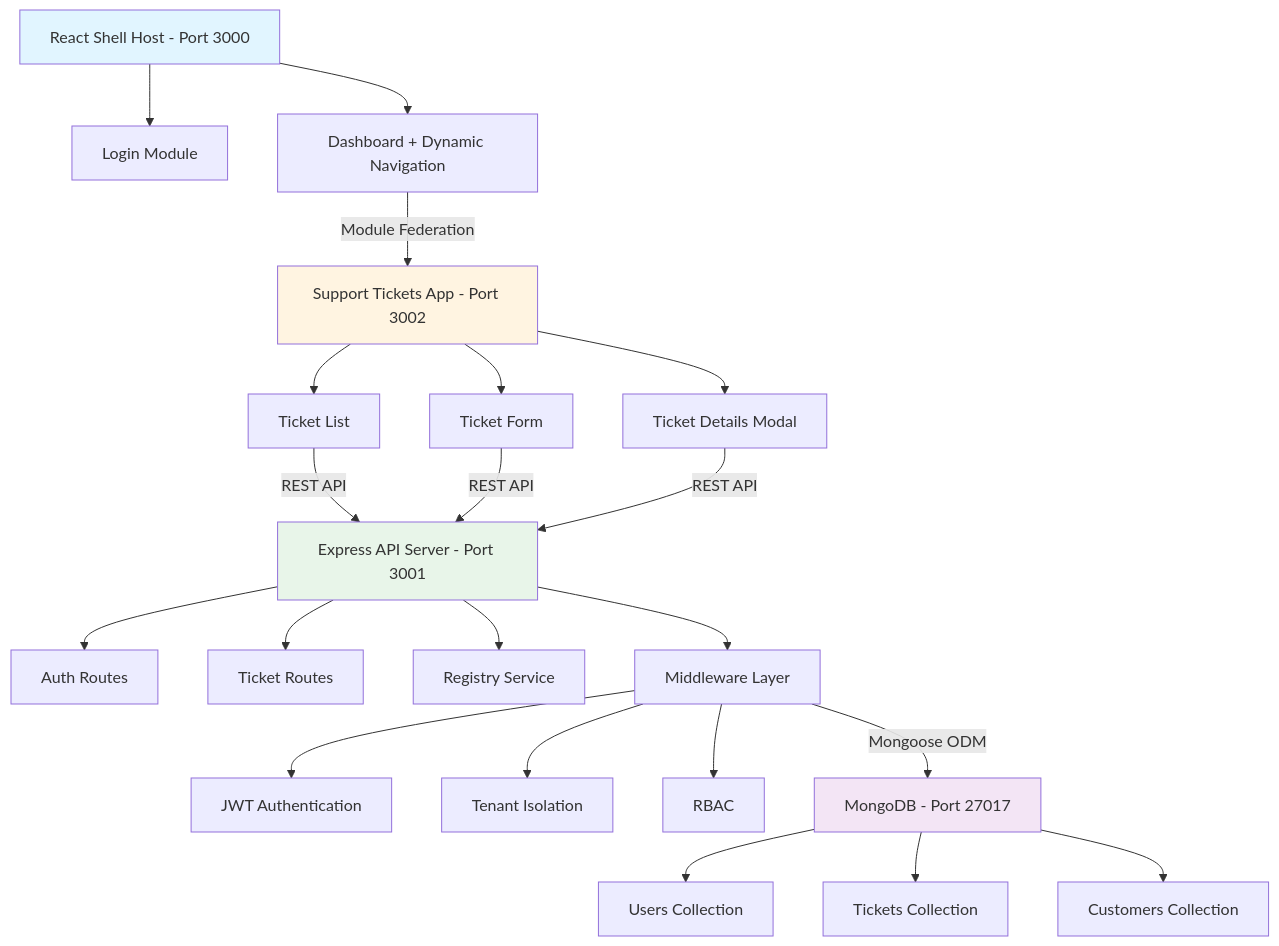
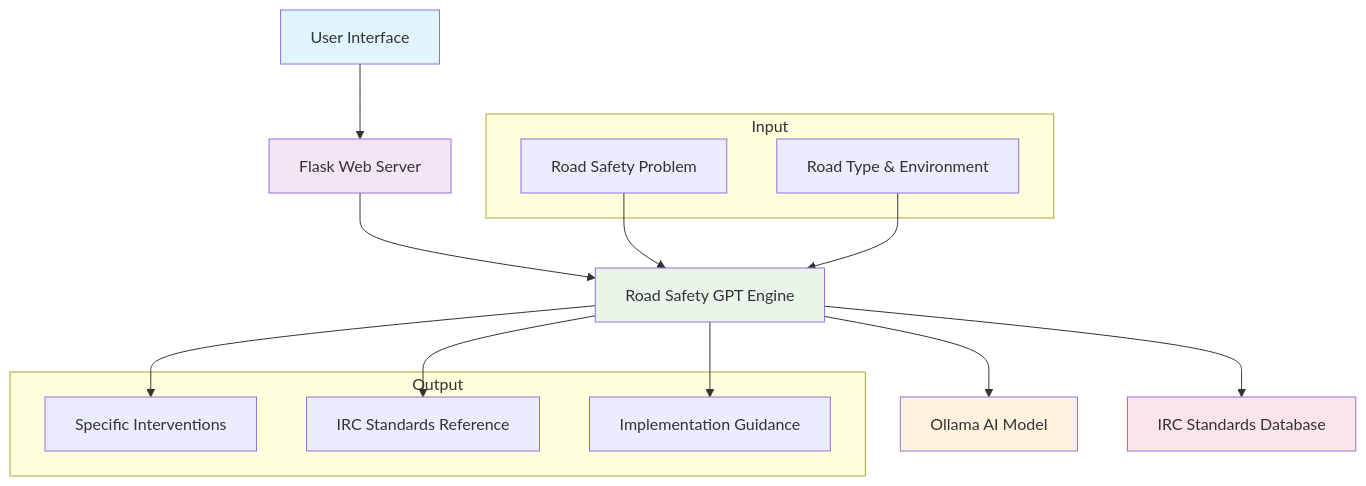
The diagram in README.md (BitGladiator/Road_Safety_GPT), drawn with Mermaid before and after one commit. The commit also changed other lines of this file, not shown here.

````diff
--- a/README.md
+++ b/README.md
@@ -39,35 +34,30 @@
 ```mermaid
-graph TD
-    A[React Shell Host - Port 3000] --> B[Login Module]
-    A --> C[Dashboard + Dynamic Navigation]
+flowchart TD
+    A[User Interface] --> B[Flask Web Server]
+    B --> C[Road Safety GPT Engine]
+    C --> D[Ollama AI Model]
+    C --> E[IRC Standards Database]
     
-    C -->|Module Federation| D[Support Tickets App - Port 3002]
+    subgraph Input
+        F[Road Safety Problem]
+        G[Road Type & Environment]
+    end
     
-    D --> E[Ticket List]
-    D --> F[Ticket Form]
-    D --> G[Ticket Details Modal]
+    subgraph Output
+        H[Specific Interventions]
+        I[IRC Standards Reference]
+        J[Implementation Guidance]
+    end
     
-    E -->|REST API| H[Express API Server - Port 3001]
-    F -->|REST API| H
-    G -->|REST API| H
+    F --> C
+    G --> C
+    C --> H
+    C --> I
+    C --> J
     
-    H --> I[Auth Routes]
-    H --> J[Ticket Routes]
-    H --> K[Registry Service]
-    
-    H --> L[Middleware Layer]
-    L --> M[JWT Authentication]
-    L --> N[Tenant Isolation]
-    L --> O[RBAC]
-    
-    L -->|Mongoose ODM| P[MongoDB - Port 27017]
-    
-    P --> Q[Users Collection]
-    P --> R[Tickets Collection]
-    P --> S[Customers Collection]
-    
-    style A fill:#e1f5ff
-    style D fill:#fff4e1
-    style H fill:#e8f5e9
-    style P fill:#f3e5f5
+    style A fill:#e1f5fe
+    style B fill:#f3e5f5
+    style C fill:#e8f5e8
+    style D fill:#fff3e0
+    style E fill:#fce4ec
 ```
````
